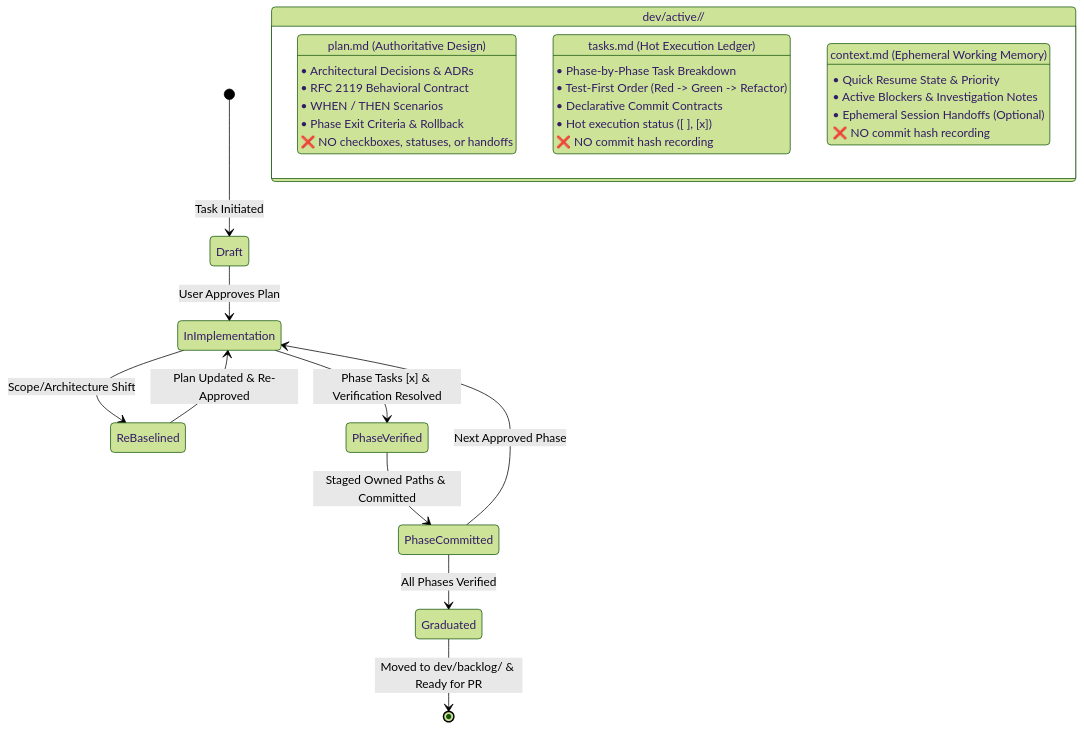
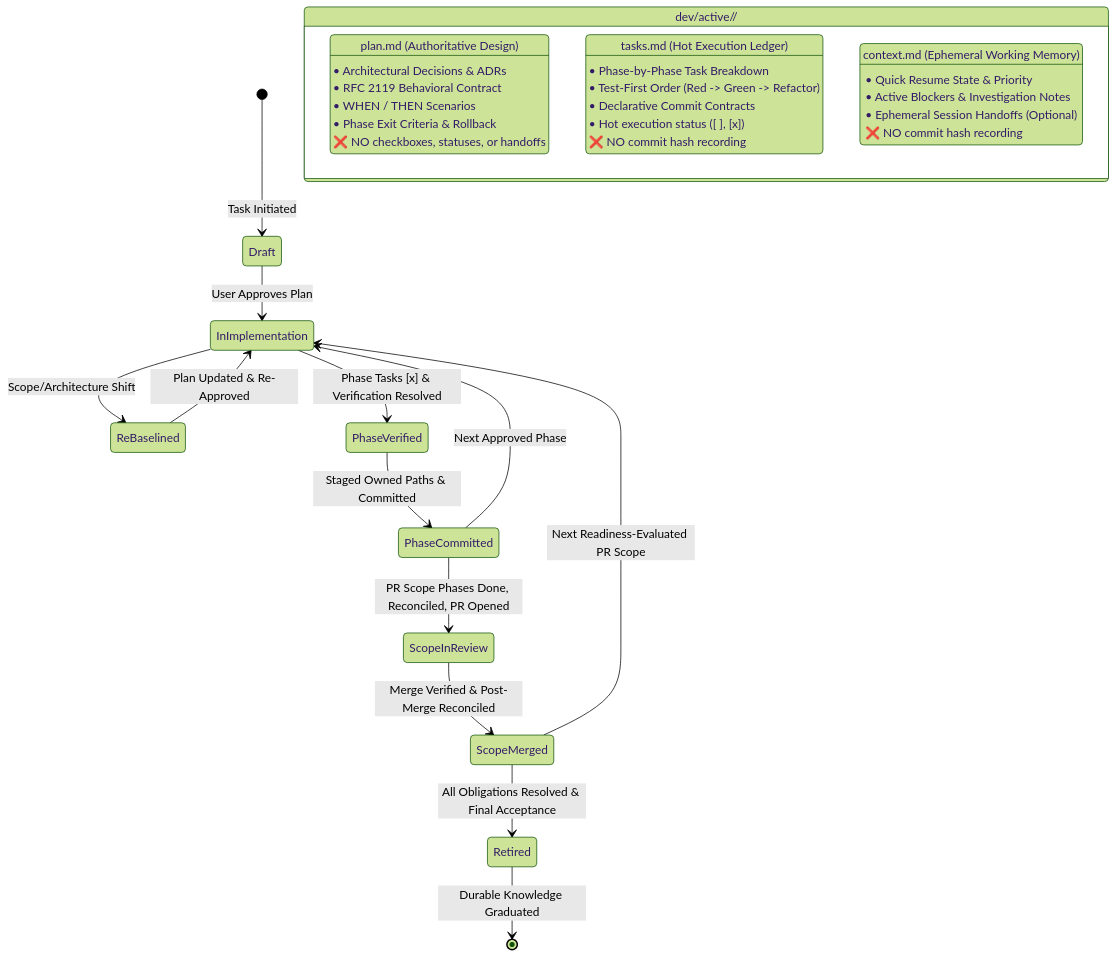
Before and after one commit to islamu-ngo/Event: the sixth of 12 diagrams in docs/internal/AGENTIC_CONTEXT_ENGINEERING.md, drawn with Mermaid (forest theme). The commit also changed other lines of this file and 7 other files, not shown here.

````diff
--- a/docs/internal/AGENTIC_CONTEXT_ENGINEERING.md
+++ b/docs/internal/AGENTIC_CONTEXT_ENGINEERING.md
@@ -268,36 +272,39 @@
 ```mermaid
 stateDiagram-v2
     [*] --> Draft: Task Initiated
 
     state "dev/active/<task>/" as ActiveWorkstream {
         state "plan.md (Authoritative Design)" as PlanDoc
         state "tasks.md (Hot Execution Ledger)" as TasksDoc
         state "context.md (Ephemeral Working Memory)" as ContextDoc
         
         PlanDoc: • Architectural Decisions & ADRs
         PlanDoc: • RFC 2119 Behavioral Contract
         PlanDoc: • WHEN / THEN Scenarios
         PlanDoc: • Phase Exit Criteria & Rollback
         PlanDoc: ❌ NO checkboxes, statuses, or handoffs
         
         TasksDoc: • Phase-by-Phase Task Breakdown
         TasksDoc: • Test-First Order (Red -> Green -> Refactor)
         TasksDoc: • Declarative Commit Contracts
         TasksDoc: • Hot execution status ([ ], [x])
         TasksDoc: ❌ NO commit hash recording
         
         ContextDoc: • Quick Resume State & Priority
         ContextDoc: • Active Blockers & Investigation Notes
         ContextDoc: • Ephemeral Session Handoffs (Optional)
         ContextDoc: ❌ NO commit hash recording
     }
 
     Draft --> InImplementation: User Approves Plan
     InImplementation --> ReBaselined: Scope/Architecture Shift
     ReBaselined --> InImplementation: Plan Updated & Re-Approved
     InImplementation --> PhaseVerified: Phase Tasks [x] & Verification Resolved
     PhaseVerified --> PhaseCommitted: Staged Owned Paths & Committed
     PhaseCommitted --> InImplementation: Next Approved Phase
-    PhaseCommitted --> Graduated: All Phases Verified
-    Graduated --> [*]: Moved to dev/backlog/ & Ready for PR
+    PhaseCommitted --> ScopeInReview: PR Scope Phases Done, Reconciled, PR Opened
+    ScopeInReview --> ScopeMerged: Merge Verified & Post-Merge Reconciled
+    ScopeMerged --> InImplementation: Next Readiness-Evaluated PR Scope
+    ScopeMerged --> Retired: All Obligations Resolved & Final Acceptance
+    Retired --> [*]: Durable Knowledge Graduated
 ```
````
